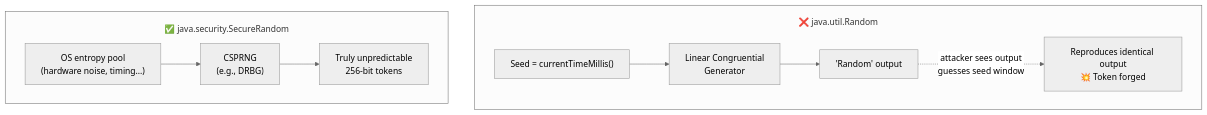
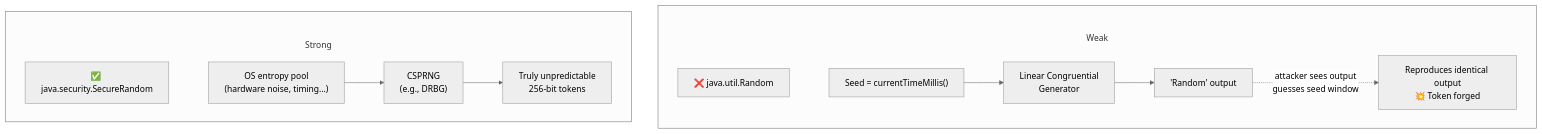
Diagram 17 of 19 in README.md (csoares/SecurityJava), drawn with Mermaid (neutral theme) before and after one commit. The commit also changed other lines of this file and 11 other files, not shown here.

First line of the commit message:
Fix Mermaid subgraph title overlap by moving labels into title nodes

````diff
--- a/README.md
+++ b/README.md
@@ -488,12 +516,16 @@
 ```mermaid
-%%{init: {'flowchart': {'subGraphTitleMargin': {'top': 20, 'bottom': 5}}}}%%
+%%{init: {'flowchart': {'subGraphTitleMargin': {'top': 50, 'bottom': 10}}}}%%
 flowchart TD
-    subgraph Weak ["❌ java.util.Random"]
+    subgraph Weak
+        T_Weak["❌ java.util.Random"]
+        T_Weak ~~~ SEED
         SEED["Seed = currentTimeMillis()"] --> LCG["Linear Congruential<br/>Generator"] --> OUT1["'Random' output"]
         OUT1 -.->|"attacker sees output<br/>guesses seed window"| SAME["Reproduces identical output<br/>💥 Token forged"]
     end
 
-    subgraph Strong ["✅ java.security.SecureRandom"]
+    subgraph Strong
+        T_Strong["✅ java.security.SecureRandom"]
+        T_Strong ~~~ ENTROPY
         ENTROPY["OS entropy pool<br/>(hardware noise, timing...)"] --> CSPRNG["CSPRNG<br/>(e.g., DRBG)"] --> OUT2["Truly unpredictable<br/>256-bit tokens"]
     end
 ```
````
